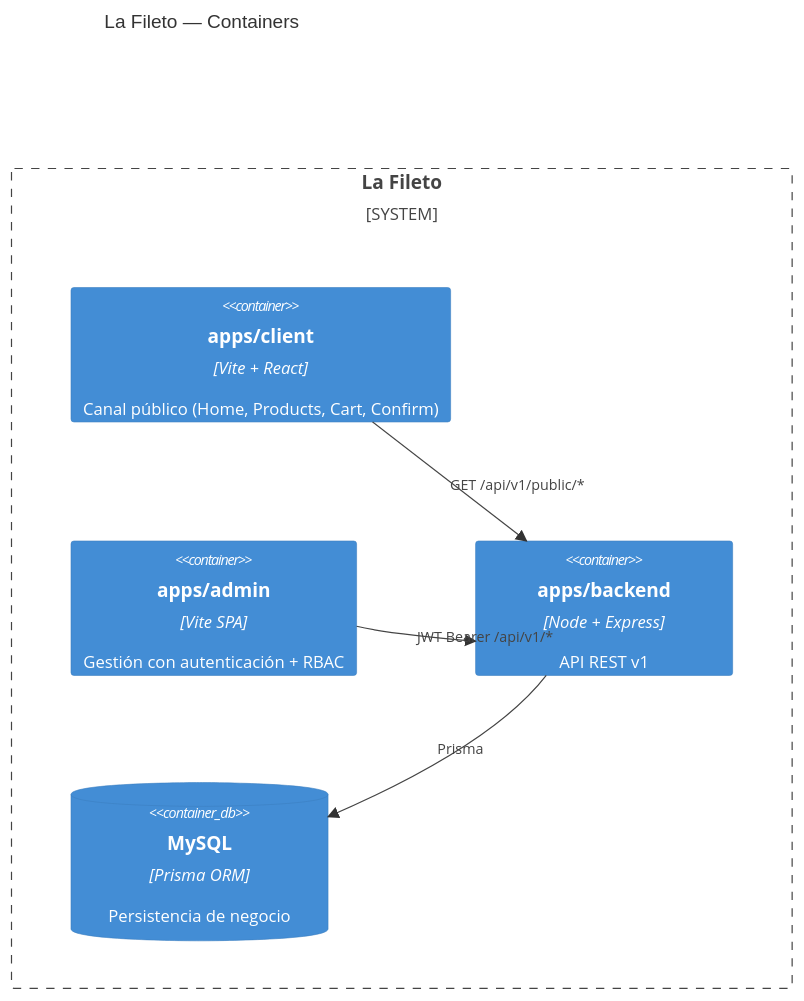
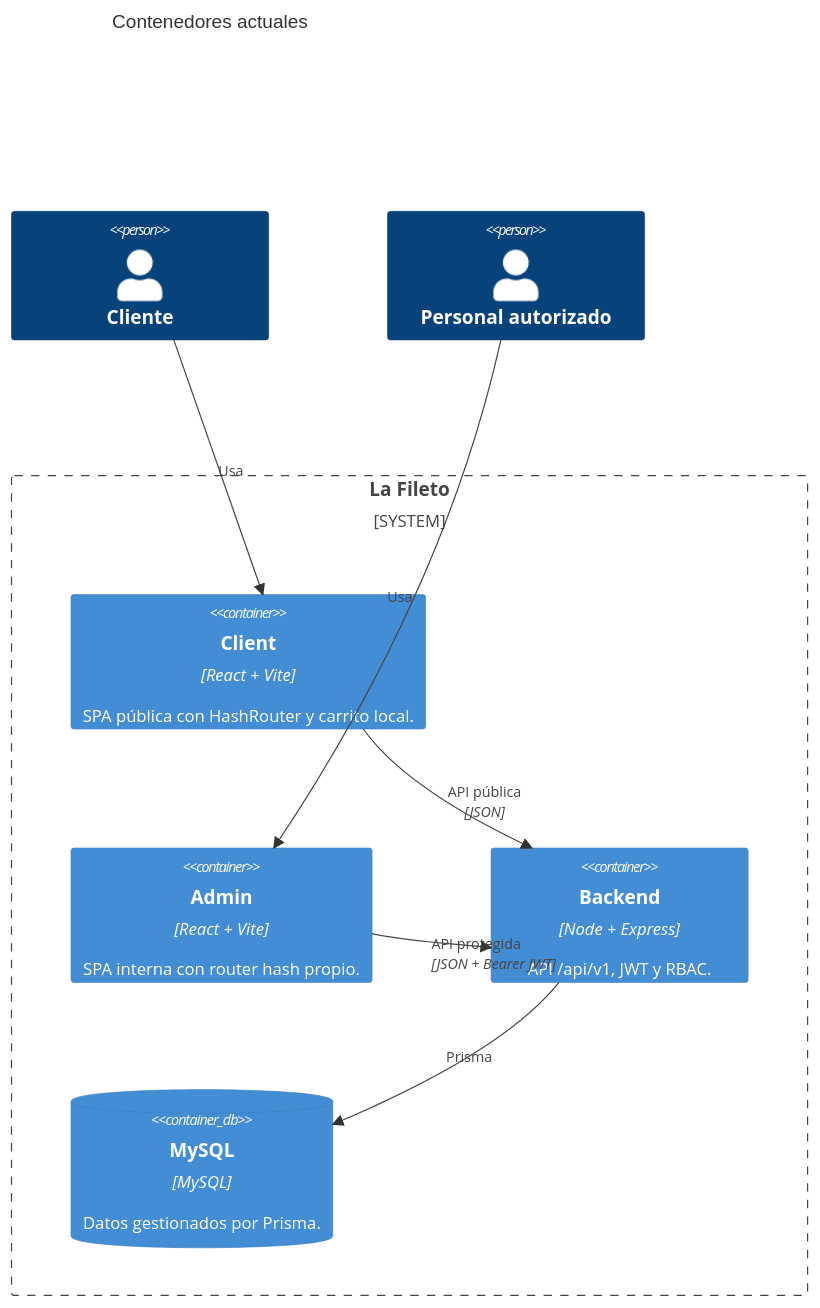
Before and after one commit to EMA1322/lafileto-monorepo: the diagram in docs/03-arquitectura/c4-containers.mmd, drawn with Mermaid. The commit also changed 22 other files, not shown here.

````diff
--- a/docs/03-arquitectura/c4-containers.mmd
+++ b/docs/03-arquitectura/c4-containers.mmd
@@ -1,13 +1,15 @@
-```mermaid
 C4Container
-title La Fileto — Containers
-System_Boundary(sys, "La Fileto") {
-  Container(client, "apps/client", "Vite + React", "Canal público (Home, Products, Cart, Confirm)")
-  Container(admin, "apps/admin", "Vite SPA", "Gestión con autenticación + RBAC")
-  Container(api, "apps/backend", "Node + Express", "API REST v1")
-  ContainerDb(db, "MySQL", "Prisma ORM", "Persistencia de negocio")
+title Contenedores actuales
+Person(customer, "Cliente")
+Person(staff, "Personal autorizado")
+System_Boundary(lafileto, "La Fileto") {
+  Container(client, "Client", "React + Vite", "SPA pública con HashRouter y carrito local.")
+  Container(admin, "Admin", "React + Vite", "SPA interna con router hash propio.")
+  Container(api, "Backend", "Node + Express", "API /api/v1, JWT y RBAC.")
+  ContainerDb(db, "MySQL", "MySQL", "Datos gestionados por Prisma.")
 }
-Rel(client, api, "GET /api/v1/public/*")
-Rel(admin, api, "JWT Bearer /api/v1/*")
+Rel(customer, client, "Usa")
+Rel(staff, admin, "Usa")
+Rel(client, api, "API pública", "JSON")
+Rel(admin, api, "API protegida", "JSON + Bearer JWT")
 Rel(api, db, "Prisma")
-```
````
